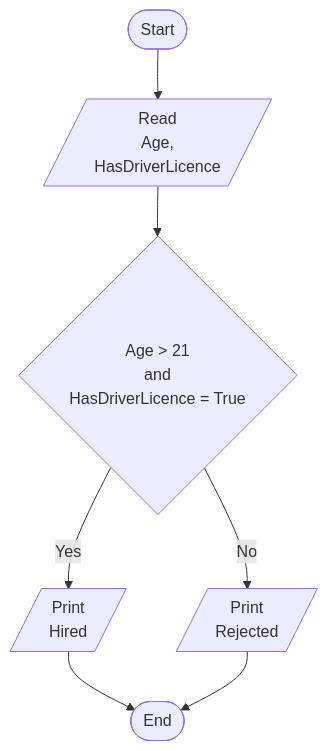
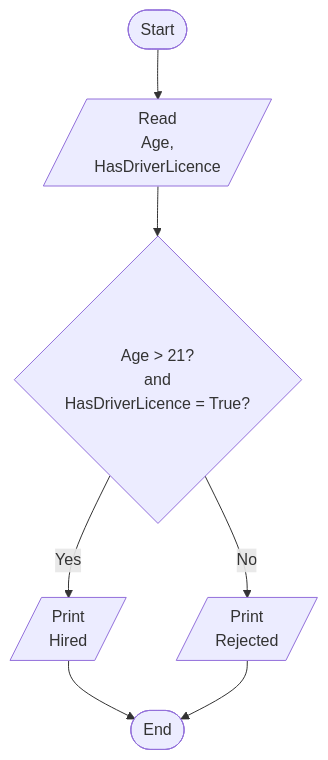
One commit to M4MD24/Algorithms-and-Problem-Solving-Level-1-by-Programming-Advices changed the diagram in src/_2_problem_4/Problem4.mmd. Above: the diagram before and after it, drawn with Mermaid.

Commit message:
# Edit Solved Problem 4

```diff
--- a/src/_2_problem_4/Problem4.mmd
+++ b/src/_2_problem_4/Problem4.mmd
@@ -1,18 +1,18 @@
 %% Write a program to ask the user to enter his\her:
 %% • age
 %% • Driver Licence
 %% Then Print "Hired" if his\her age is greater than 21 and s/he has a driver licence, Otherwise print "Rejected"
 %% Steps
 %% Step 1: ask the user to enter (Age, Driver Licence)
 %% Step 2: Check if (Age > 21 and driver licence = True) then "Hire" otherwise "Reject"
 %% Step 3: Print "Hired" or "Rejected" accordingly
 
 flowchart TD
     Start([Start])
     ReadNumber[/Read\nAge,\nHasDriverLicence/]
-    isAccepted{Age > 21\nand\nHasDriverLicence = True}
+    isAccepted{Age > 21?\nand\nHasDriverLicence = True?}
     PrintHired[/Print\nHired/]
     PrintRejected[/Print\nRejected/]
     End([End])
     Start --> ReadNumber --> isAccepted -- Yes --> PrintHired --> End
     isAccepted -- No --> PrintRejected --> End
```
